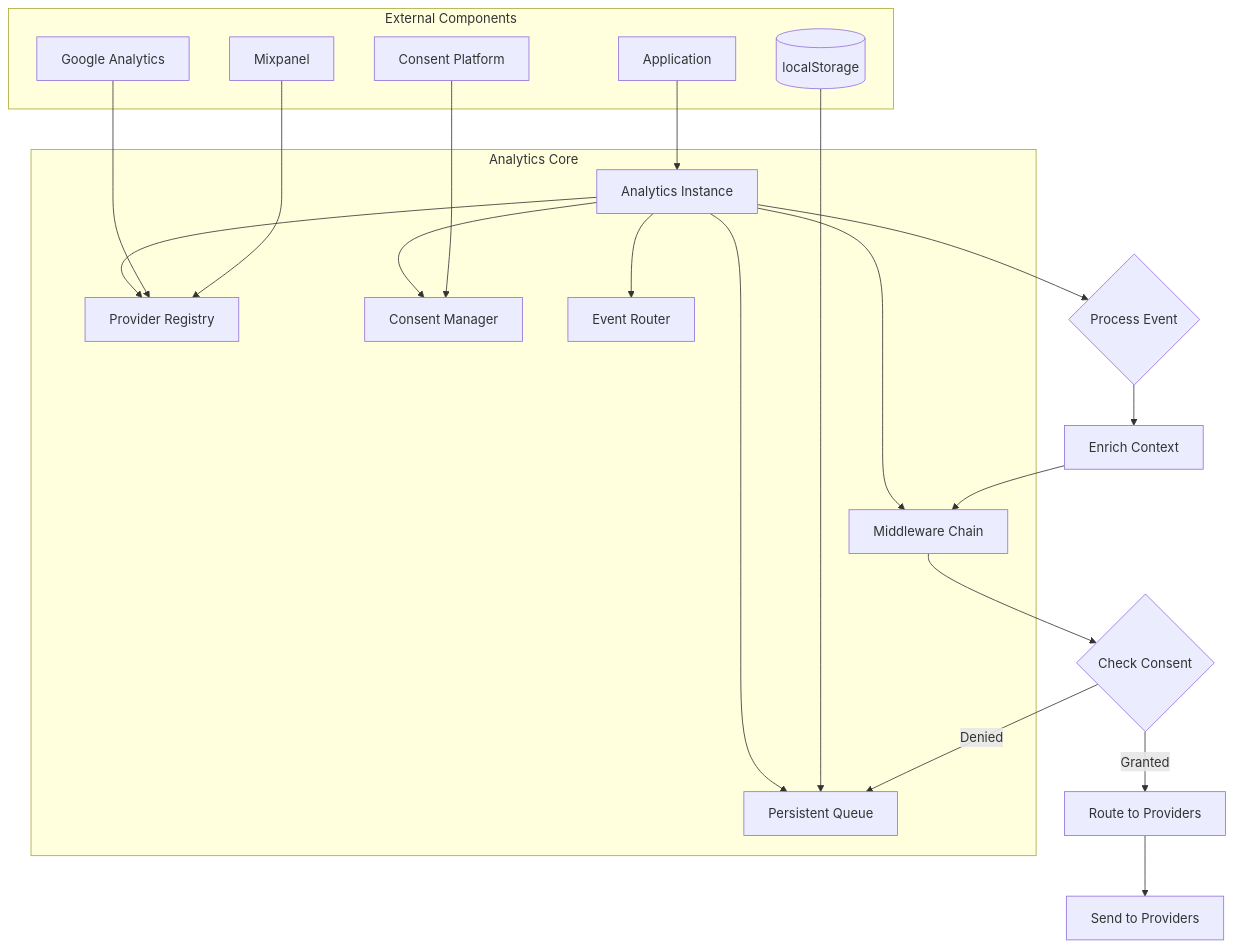
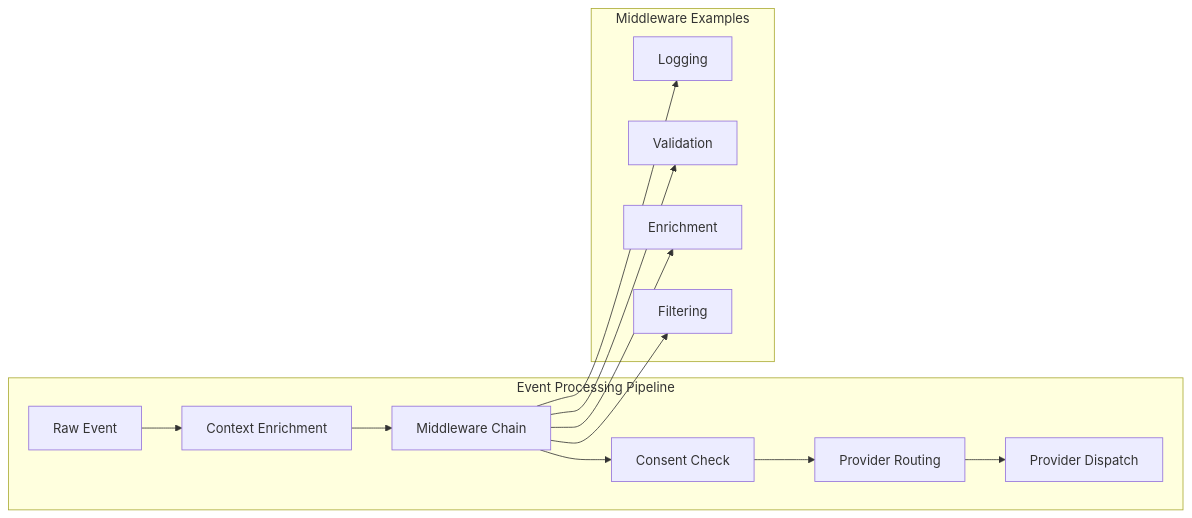
One commit to safe-global/safe-wallet-monorepo changed the fourth of 5 diagrams in docs/analytics-architecture.md. Above: the diagram before and after it, drawn with Mermaid. The commit also changed other lines of this file, not shown here.

First line of the commit message:
docs: Simplify analytics architecture documentation with pseudocode

````diff
--- a/docs/analytics-architecture.md
+++ b/docs/analytics-architecture.md
@@ -741,27 +462,17 @@
 ```mermaid
-graph TB
-    subgraph "Analytics Core"
-        Analytics[Analytics Instance]
-        Analytics --> ProviderMap[Provider Registry]
-        Analytics --> MiddlewareChain[Middleware Chain]
-        Analytics --> Queue[Persistent Queue]
-        Analytics --> Consent[Consent Manager]
-        Analytics --> Router[Event Router]
+graph LR
+    subgraph "Event Processing Pipeline"
+        A[Raw Event] --> B[Context Enrichment]
+        B --> C[Middleware Chain]
+        C --> D[Consent Check]
+        D --> E[Provider Routing]
+        E --> F[Provider Dispatch]
     end
-
-    subgraph "External Components"
-        App[Application] --> Analytics
-        GA[Google Analytics] --> ProviderMap
-        MP[Mixpanel] --> ProviderMap
-        LocalStorage[(localStorage)] --> Queue
-        CMP[Consent Platform] --> Consent
+    
+    subgraph "Middleware Examples"
+        C --> M1[Logging]
+        C --> M2[Validation]
+        C --> M3[Enrichment]
+        C --> M4[Filtering]
     end
-
-    Analytics --> ProcessFlow{Process Event}
-    ProcessFlow --> Enrich[Enrich Context]
-    Enrich --> MiddlewareChain
-    MiddlewareChain --> ConsentCheck{Check Consent}
-    ConsentCheck -->|Granted| RouteEvent[Route to Providers]
-    ConsentCheck -->|Denied| Queue
-    RouteEvent --> SendToProviders[Send to Providers]
 ```
````
